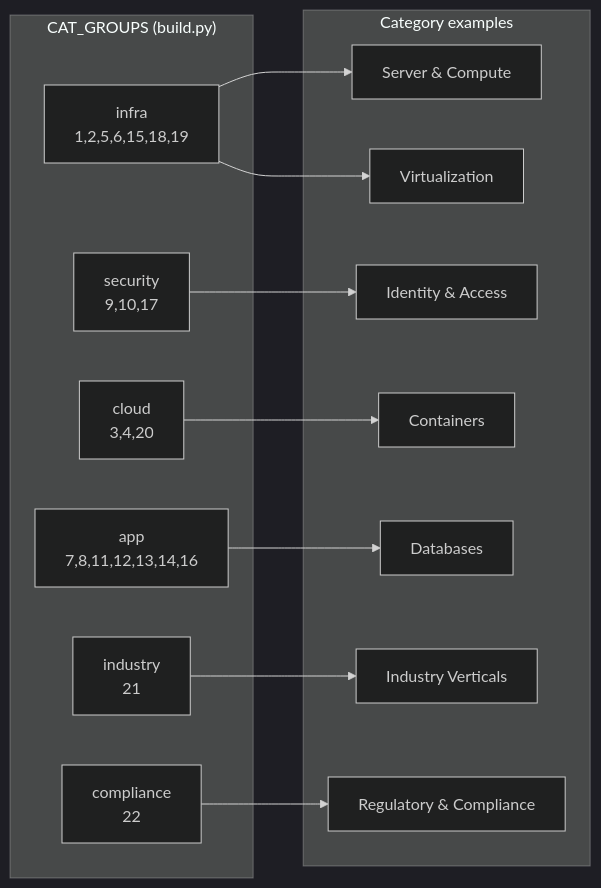
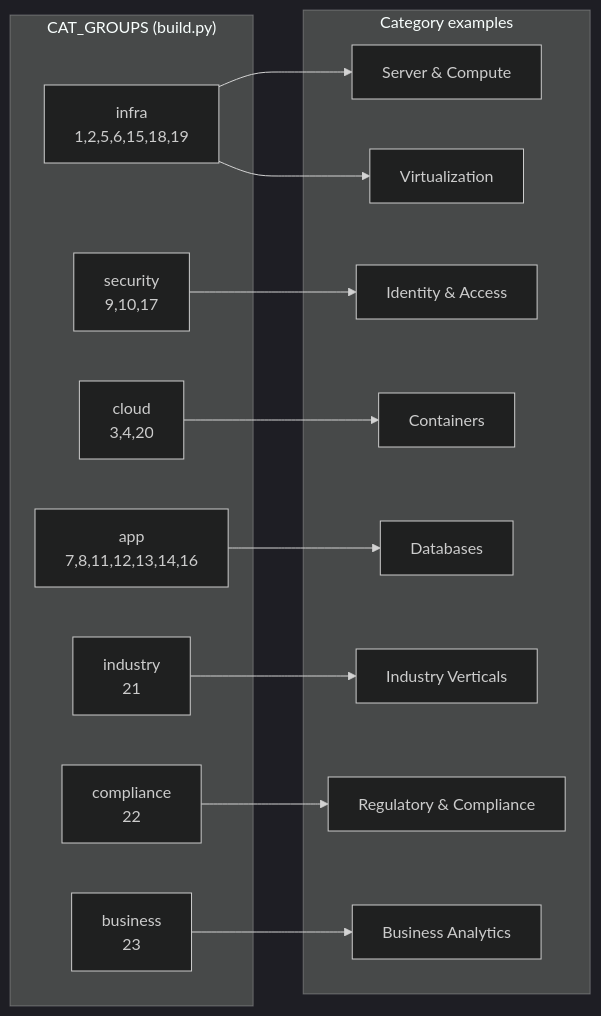
Before and after one commit to fenre/splunk-monitoring-use-cases: the fifth of 6 diagrams in CODEBASE-DIAGRAM.md, drawn with Mermaid (dark theme). The commit also changed other lines of this file and 76 other files, not shown here.

````diff
--- a/CODEBASE-DIAGRAM.md
+++ b/CODEBASE-DIAGRAM.md
@@ -162,29 +163,32 @@
 ```mermaid
 flowchart LR
     subgraph groups["CAT_GROUPS (build.py)"]
         infra["infra\n1,2,5,6,15,18,19"]
         security["security\n9,10,17"]
         cloud["cloud\n3,4,20"]
         app["app\n7,8,11,12,13,14,16"]
         industry["industry\n21"]
         compliance["compliance\n22"]
+        business["business\n23"]
     end
 
     subgraph examples["Category examples"]
         E1["Server & Compute"]
         E2["Virtualization"]
         E3["Identity & Access"]
         E4["Containers"]
         E5["Databases"]
         E6["Industry Verticals"]
         E7["Regulatory & Compliance"]
+        E8["Business Analytics"]
     end
 
     infra --> E1
     infra --> E2
     security --> E3
     cloud --> E4
     app --> E5
     industry --> E6
     compliance --> E7
+    business --> E8
 ```
````
